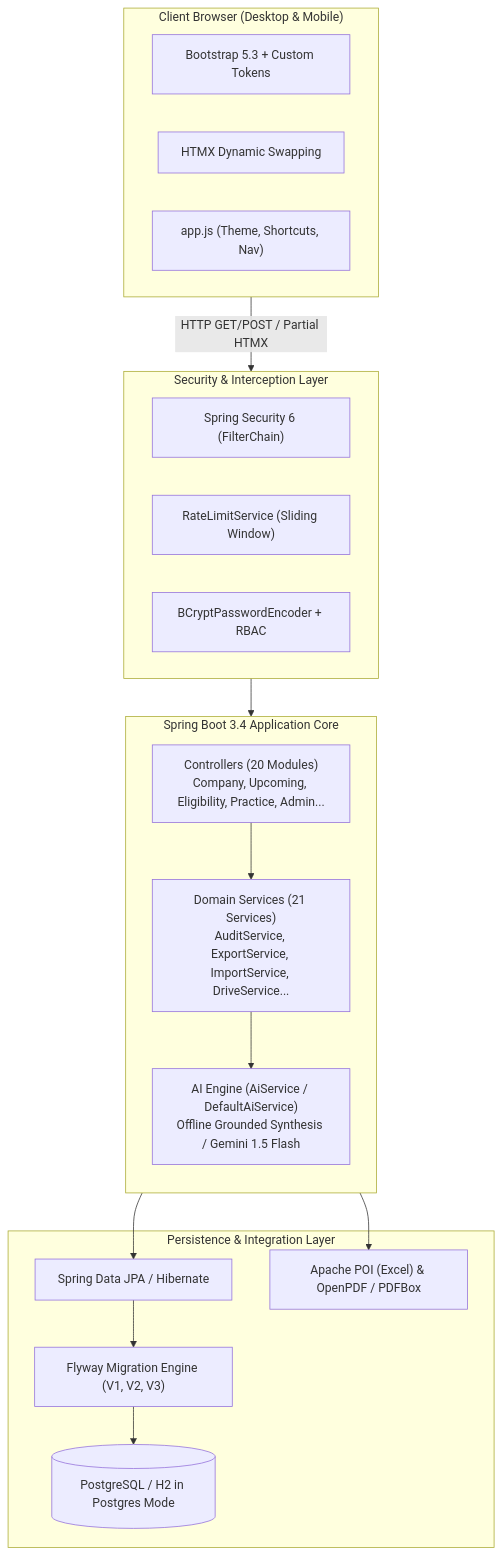
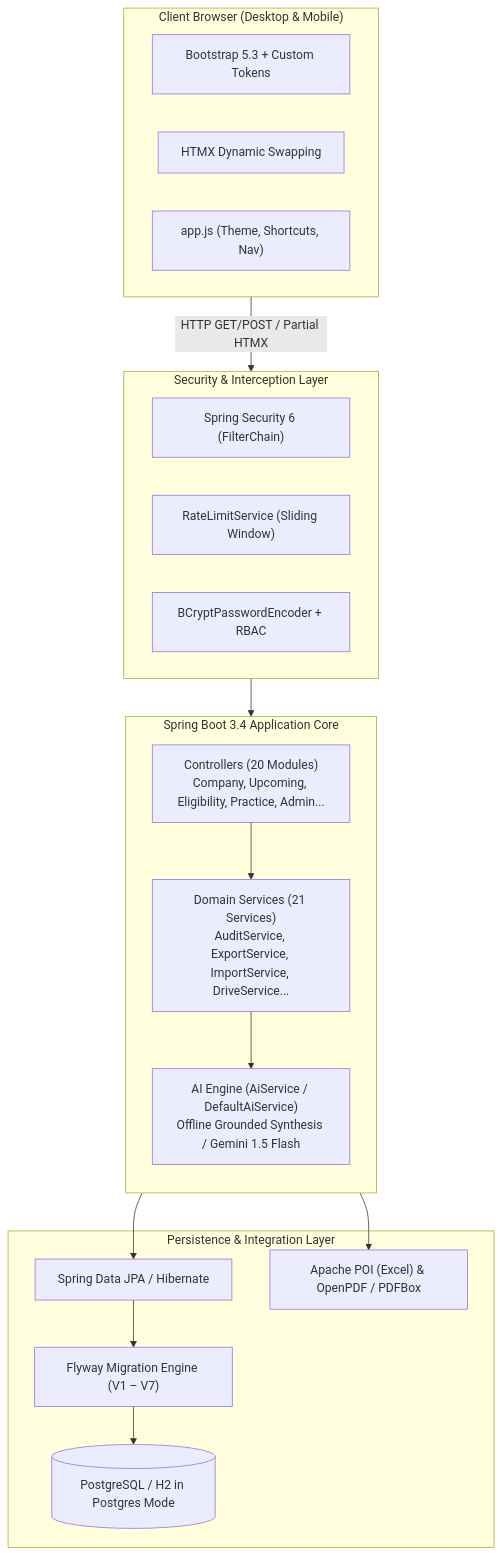
The first of 2 diagrams in README.md (palakpk954/Placement_Helper-You_Can-), drawn with Mermaid before and after one commit. The commit also changed other lines of this file and 3 other files, not shown here.

````diff
--- a/README.md
+++ b/README.md
@@ -62,37 +67,37 @@
 ```mermaid
 flowchart TD
     subgraph Client["Client Browser (Desktop & Mobile)"]
         UI["Bootstrap 5.3 + Custom Tokens"]
         HTMX["HTMX Dynamic Swapping"]
         AppJS["app.js (Theme, Shortcuts, Nav)"]
     end
 
     subgraph Security["Security & Interception Layer"]
         Filter["Spring Security 6 (FilterChain)"]
         RateLimit["RateLimitService (Sliding Window)"]
         Auth["BCryptPasswordEncoder + RBAC"]
     end
 
     subgraph Application["Spring Boot 3.4 Application Core"]
         direction TB
         Controllers["Controllers (20 Modules)<br/>Company, Upcoming, Eligibility, Practice, Admin..."]
         Services["Domain Services (21 Services)<br/>AuditService, ExportService, ImportService, DriveService..."]
         AIService["AI Engine (AiService / DefaultAiService)<br/>Offline Grounded Synthesis / Gemini 1.5 Flash"]
     end
 
     subgraph Data["Persistence & Integration Layer"]
         JPA["Spring Data JPA / Hibernate"]
-        Flyway["Flyway Migration Engine (V1, V2, V3)"]
+        Flyway["Flyway Migration Engine (V1 – V7)"]
         DB[("PostgreSQL / H2 in Postgres Mode")]
         Docs["Apache POI (Excel) & OpenPDF / PDFBox"]
     end
 
     Client -->|HTTP GET/POST / Partial HTMX| Security
     Security --> Controllers
     Controllers --> Services
     Services --> AIService
     Services --> JPA
     Services --> Docs
     JPA --> Flyway
     Flyway --> DB
 ```
````
